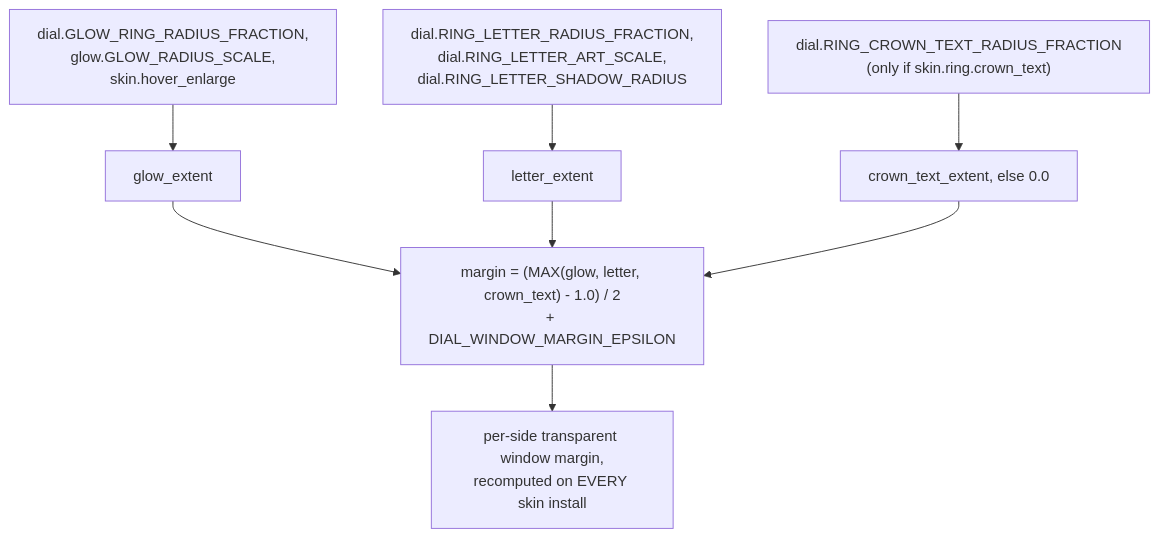
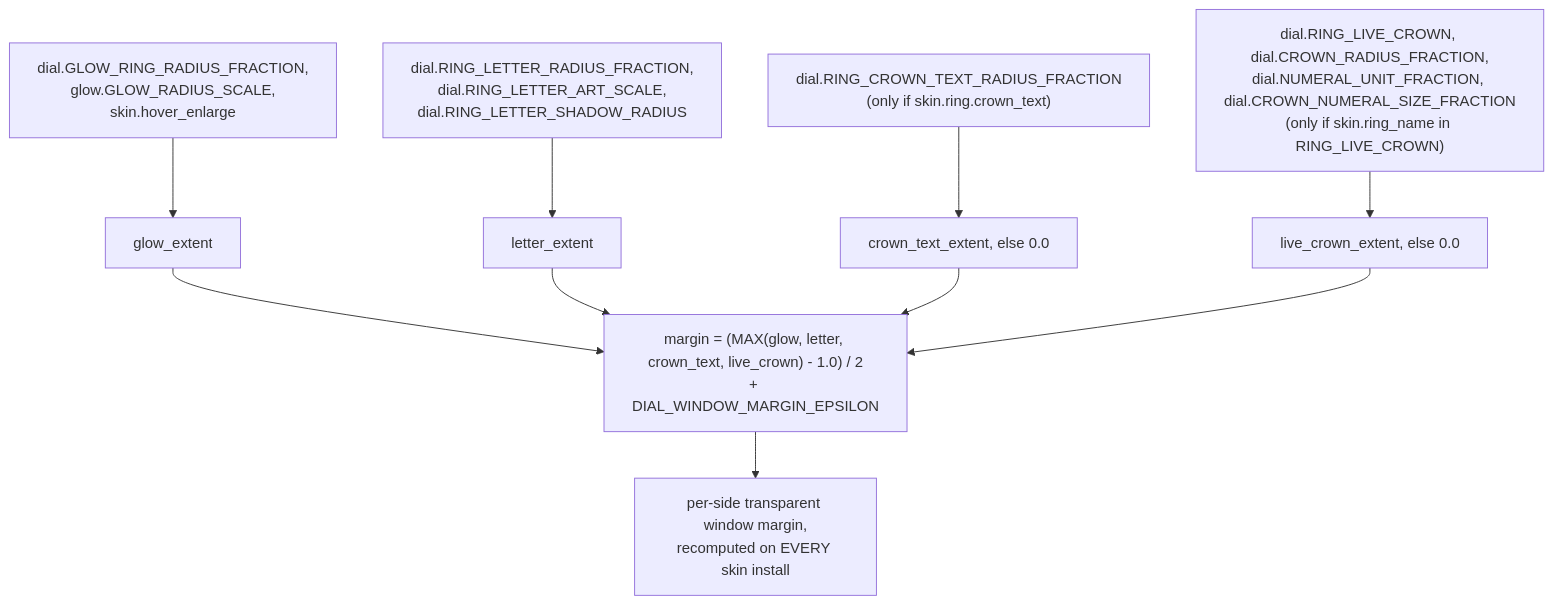
The second of 2 diagrams in config/__flow/defaults.md (UVuruna/Watch-Academy), drawn with Mermaid before and after one commit. The commit also changed other lines of this file and 4 other files, not shown here.

````diff
--- a/config/__flow/defaults.md
+++ b/config/__flow/defaults.md
@@ -65,10 +65,12 @@
 ```mermaid
 flowchart TB
     A["dial.RING_LETTER_RADIUS_FRACTION,\ndial.RING_LETTER_ART_SCALE,\ndial.RING_LETTER_SHADOW_RADIUS"] --> D[letter_extent]
     B["dial.GLOW_RING_RADIUS_FRACTION,\nglow.GLOW_RADIUS_SCALE,\nskin.hover_enlarge"] --> C[glow_extent]
     E["dial.RING_CROWN_TEXT_RADIUS_FRACTION\n(only if skin.ring.crown_text)"] --> F[crown_text_extent, else 0.0]
-    C --> G["margin = (MAX(glow, letter, crown_text) - 1.0) / 2\n+ DIAL_WINDOW_MARGIN_EPSILON"]
+    I["dial.RING_LIVE_CROWN, dial.CROWN_RADIUS_FRACTION,\ndial.NUMERAL_UNIT_FRACTION, dial.CROWN_NUMERAL_SIZE_FRACTION\n(only if skin.ring_name in RING_LIVE_CROWN)"] --> J[live_crown_extent, else 0.0]
+    C --> G["margin = (MAX(glow, letter, crown_text, live_crown) - 1.0) / 2\n+ DIAL_WINDOW_MARGIN_EPSILON"]
     D --> G
     F --> G
+    J --> G
     G --> H[per-side transparent window margin,\nrecomputed on EVERY skin install]
 ```
````
